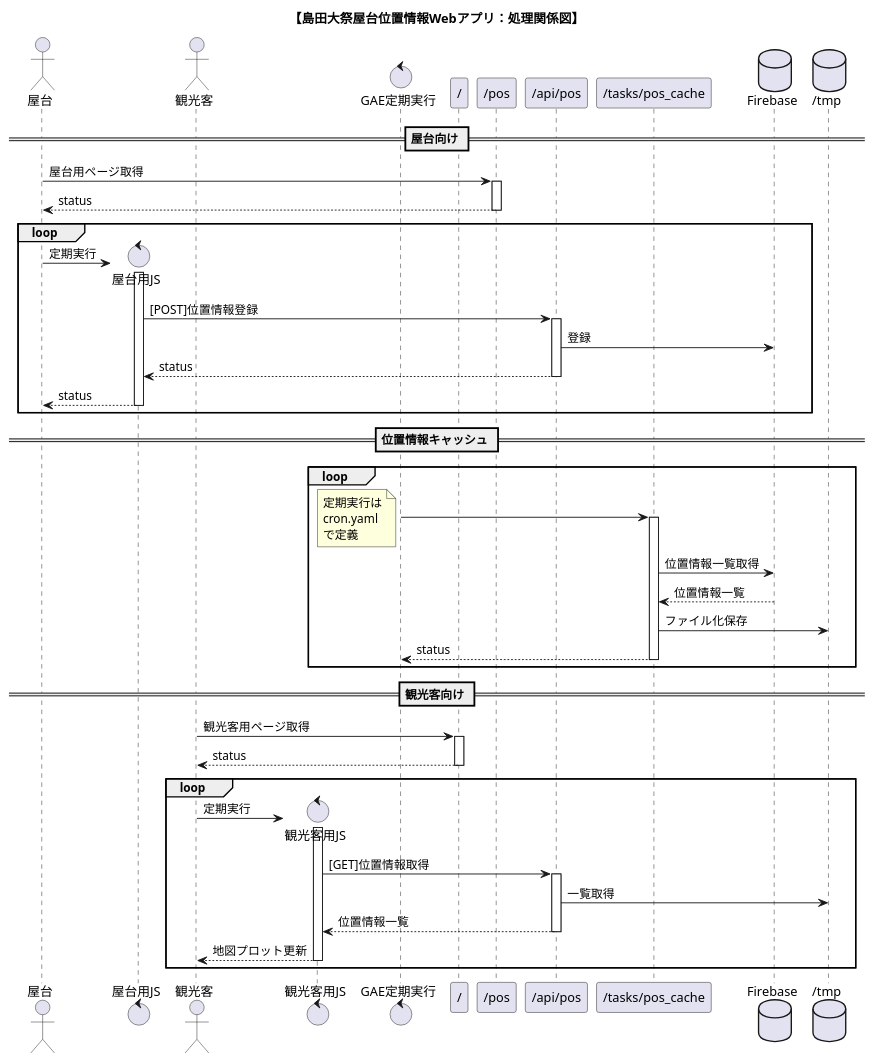
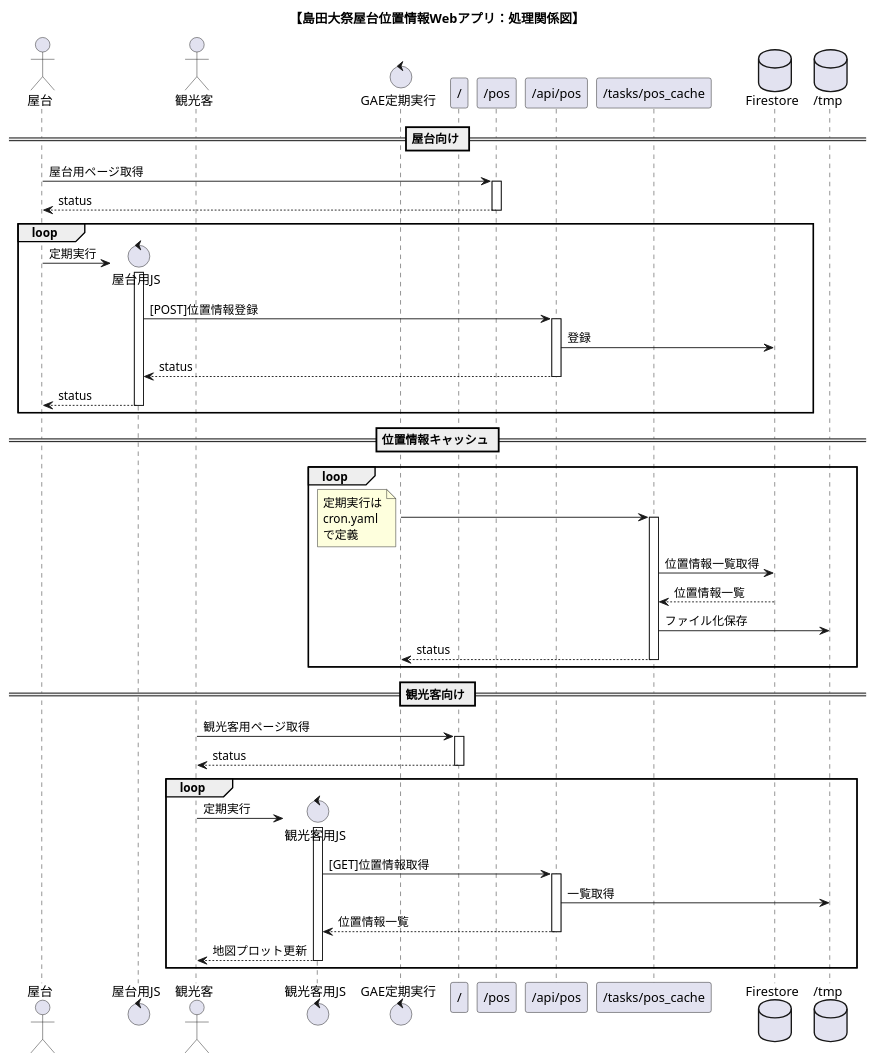
One commit to shimada-shimasho/shimadataisai-gae changed the diagram in doc/webSequence.puml. Above: the diagram before and after it, drawn with PlantUML.

Commit message:
refs #5 名称誤りを修正

```diff
--- a/doc/webSequence.puml
+++ b/doc/webSequence.puml
@@ -1,58 +1,58 @@
 @startuml webSequence
 title 【島田大祭屋台位置情報Webアプリ：処理関係図】
 
 actor 屋台
 control 屋台用JS
 actor 観光客
 control 観光客用JS
 control GAE定期実行
 participant "/"
 participant "/pos"
 participant "/api/pos"
 participant "/tasks/pos_cache"
-database Firebase
+database Firestore
 database "/tmp"
 
 == 屋台向け ==
 屋台 -> "/pos" : 屋台用ページ取得
 activate "/pos"
 return status
 
 loop
     create 屋台用JS
     屋台 -> 屋台用JS : 定期実行
         activate 屋台用JS
         屋台用JS -> "/api/pos" : [POST]位置情報登録
             activate "/api/pos"
-            "/api/pos" -> Firebase : 登録
+            "/api/pos" -> Firestore : 登録
         return status
     return status
 end
 
 == 位置情報キャッシュ ==
 loop
     GAE定期実行 -> "/tasks/pos_cache"
     note left : 定期実行は\ncron.yaml\nで定義
     activate "/tasks/pos_cache"
-        "/tasks/pos_cache" -> Firebase : 位置情報一覧取得
-        "/tasks/pos_cache" <-- Firebase : 位置情報一覧
+        "/tasks/pos_cache" -> Firestore : 位置情報一覧取得
+        "/tasks/pos_cache" <-- Firestore : 位置情報一覧
         "/tasks/pos_cache" -> "/tmp" : ファイル化保存
     return status
 end
 
 == 観光客向け ==
 観光客 -> "/" : 観光客用ページ取得
 activate "/"
 return status
 
 loop
     create 観光客用JS
     観光客 -> 観光客用JS : 定期実行
     activate 観光客用JS
         観光客用JS -> "/api/pos" : [GET]位置情報取得
         activate "/api/pos"
         "/api/pos" -> "/tmp" : 一覧取得
         return 位置情報一覧
     return 地図プロット更新
 end
 @enduml
```
